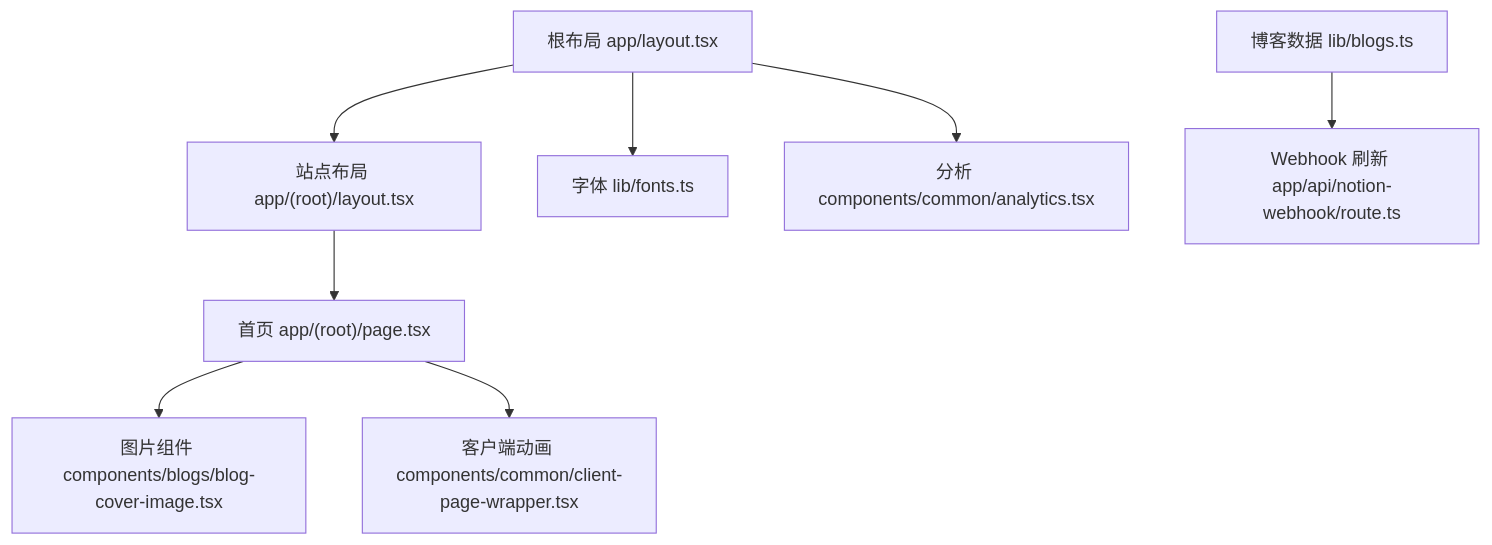
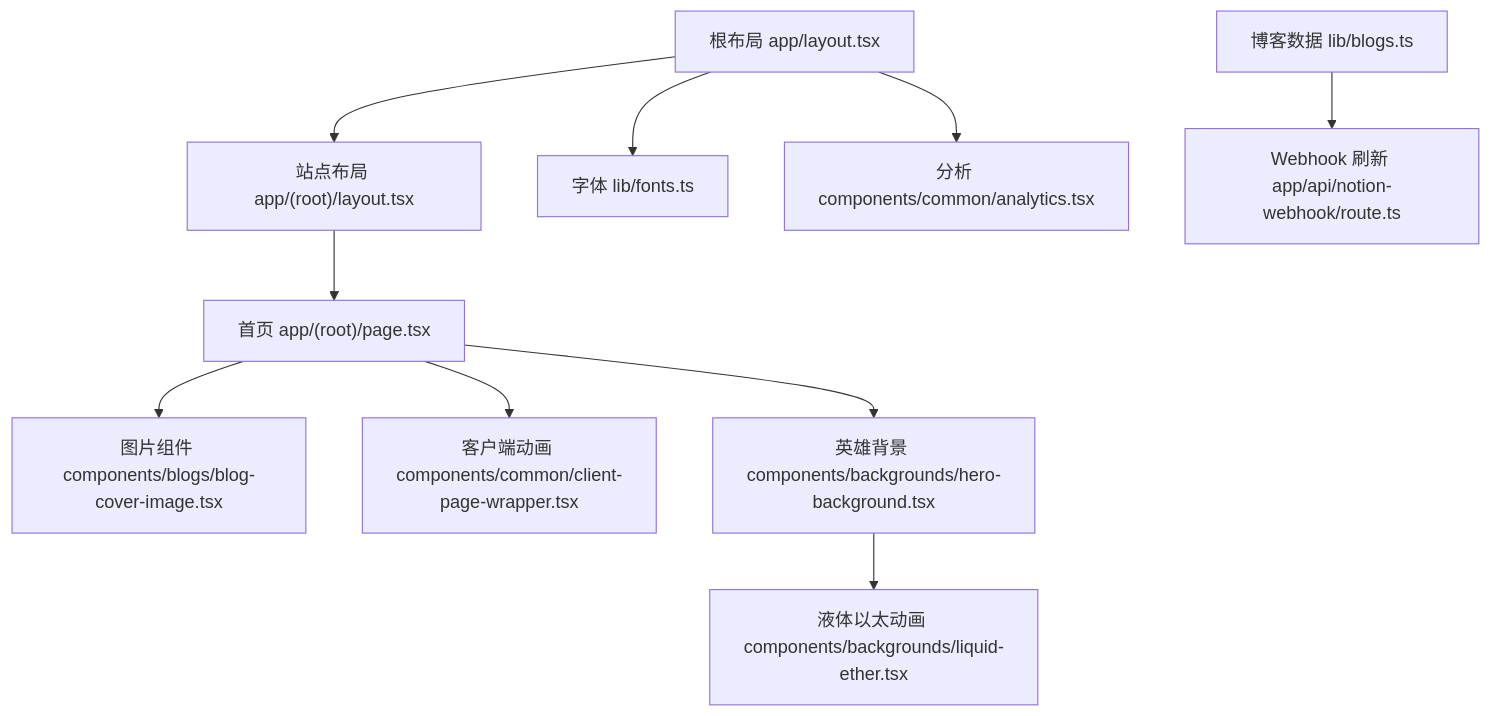
Before and after one commit to florianjsun/next-portfolio: the first of 7 diagrams in .qoder/repowiki/zh/content/性能优化.md, drawn with Mermaid. The commit also changed other lines of this file and 49 other files, not shown here.

````diff
--- a/.qoder/repowiki/zh/content/性能优化.md
+++ b/.qoder/repowiki/zh/content/性能优化.md
@@ -39,10 +51,12 @@
 ```mermaid
 graph TB
 A["根布局 app/layout.tsx"] --> B["站点布局 app/(root)/layout.tsx"]
 B --> C["首页 app/(root)/page.tsx"]
 C --> D["图片组件 components/blogs/blog-cover-image.tsx"]
 C --> E["客户端动画 components/common/client-page-wrapper.tsx"]
-A --> F["字体 lib/fonts.ts"]
-A --> G["分析 components/common/analytics.tsx"]
-H["博客数据 lib/blogs.ts"] --> I["Webhook 刷新 app/api/notion-webhook/route.ts"]
+C --> F["英雄背景 components/backgrounds/hero-background.tsx"]
+F --> G["液体以太动画 components/backgrounds/liquid-ether.tsx"]
+A --> H["字体 lib/fonts.ts"]
+A --> I["分析 components/common/analytics.tsx"]
+J["博客数据 lib/blogs.ts"] --> K["Webhook 刷新 app/api/notion-webhook/route.ts"]
 ```
````
